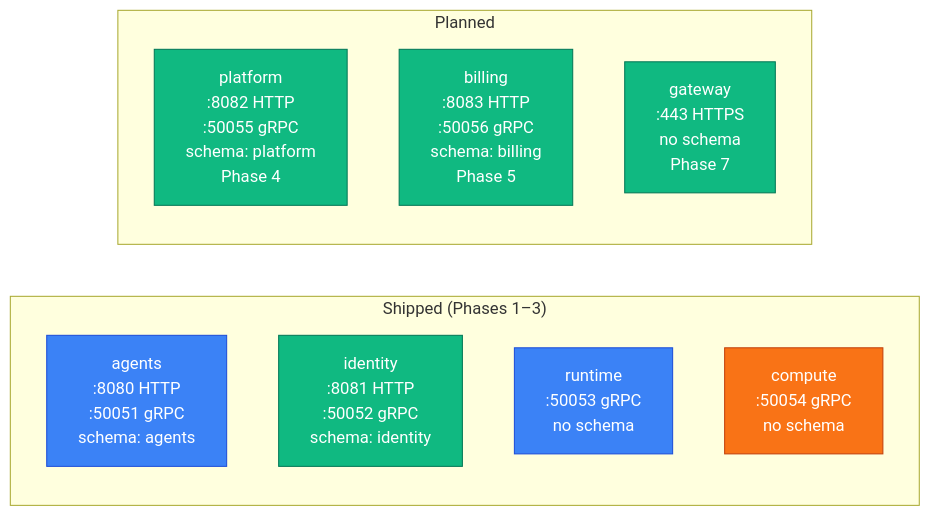
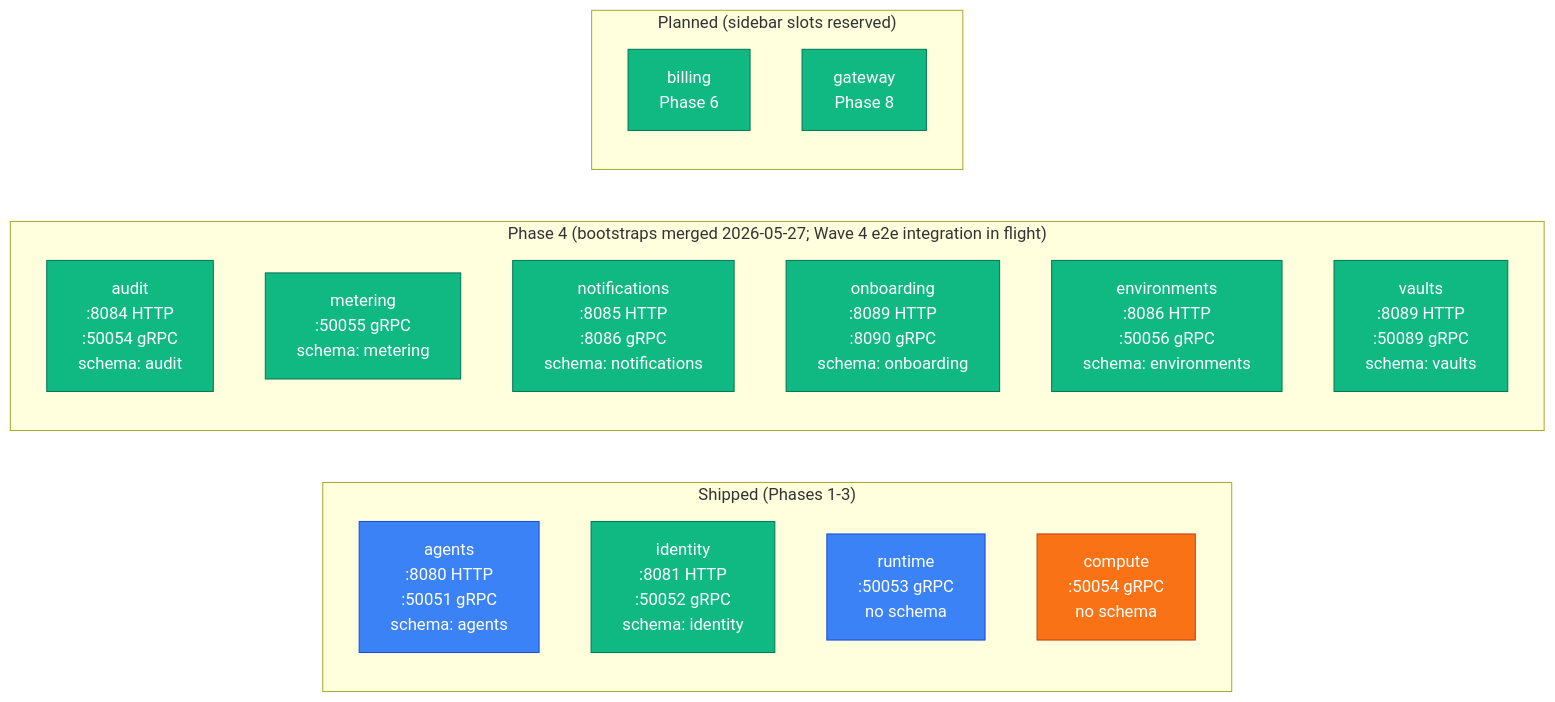
The diagram in docs/src/content/docs/architecture/service-map.md (paper-board/.github), drawn with Mermaid before and after one commit. The commit also changed other lines of this file and 9 other files, not shown here.

````diff
--- a/docs/src/content/docs/architecture/service-map.md
+++ b/docs/src/content/docs/architecture/service-map.md
@@ -16,25 +16,33 @@
 ```mermaid
 flowchart LR
-  subgraph shipped["Shipped (Phases 1–3)"]
-    agents["agents\n:8080 HTTP\n:50051 gRPC\nschema: agents"]
-    identity["identity\n:8081 HTTP\n:50052 gRPC\nschema: identity"]
-    runtime["runtime\n:50053 gRPC\nno schema"]
-    compute["compute\n:50054 gRPC\nno schema"]
+  subgraph shipped["Shipped (Phases 1-3)"]
+    agents["agents<br/>:8080 HTTP<br/>:50051 gRPC<br/>schema: agents"]
+    identity["identity<br/>:8081 HTTP<br/>:50052 gRPC<br/>schema: identity"]
+    runtime["runtime<br/>:50053 gRPC<br/>no schema"]
+    compute["compute<br/>:50054 gRPC<br/>no schema"]
   end
 
-  subgraph planned["Planned"]
-    platform["platform\n:8082 HTTP\n:50055 gRPC\nschema: platform\nPhase 4"]
-    billing["billing\n:8083 HTTP\n:50056 gRPC\nschema: billing\nPhase 5"]
-    gateway["gateway\n:443 HTTPS\nno schema\nPhase 7"]
+  subgraph phase4["Phase 4 (bootstraps merged 2026-05-27; Wave 4 e2e integration in flight)"]
+    audit["audit<br/>:8084 HTTP<br/>:50054 gRPC<br/>schema: audit"]
+    metering["metering<br/>:50055 gRPC<br/>schema: metering"]
+    notifications["notifications<br/>:8085 HTTP<br/>:8086 gRPC<br/>schema: notifications"]
+    onboarding["onboarding<br/>:8089 HTTP<br/>:8090 gRPC<br/>schema: onboarding"]
+    environments["environments<br/>:8086 HTTP<br/>:50056 gRPC<br/>schema: environments"]
+    vaults["vaults<br/>:8089 HTTP<br/>:50089 gRPC<br/>schema: vaults"]
+  end
+
+  subgraph planned["Planned (sidebar slots reserved)"]
+    billing["billing<br/>Phase 6"]
+    gateway["gateway<br/>Phase 8"]
   end
 
   classDef controlPlane fill:#10b981,stroke:#047857,color:#fff
   classDef dataPlane fill:#3b82f6,stroke:#1d4ed8,color:#fff
   classDef sandbox fill:#f97316,stroke:#c2410c,color:#fff
   classDef external fill:#ef4444,stroke:#b91c1c,color:#fff
   classDef persistence fill:#6b7280,stroke:#374151,color:#fff
 
-  class identity,platform,billing,gateway controlPlane
+  class identity,audit,metering,notifications,onboarding,environments,vaults,billing,gateway controlPlane
   class agents,runtime dataPlane
   class compute sandbox
 ```
````
